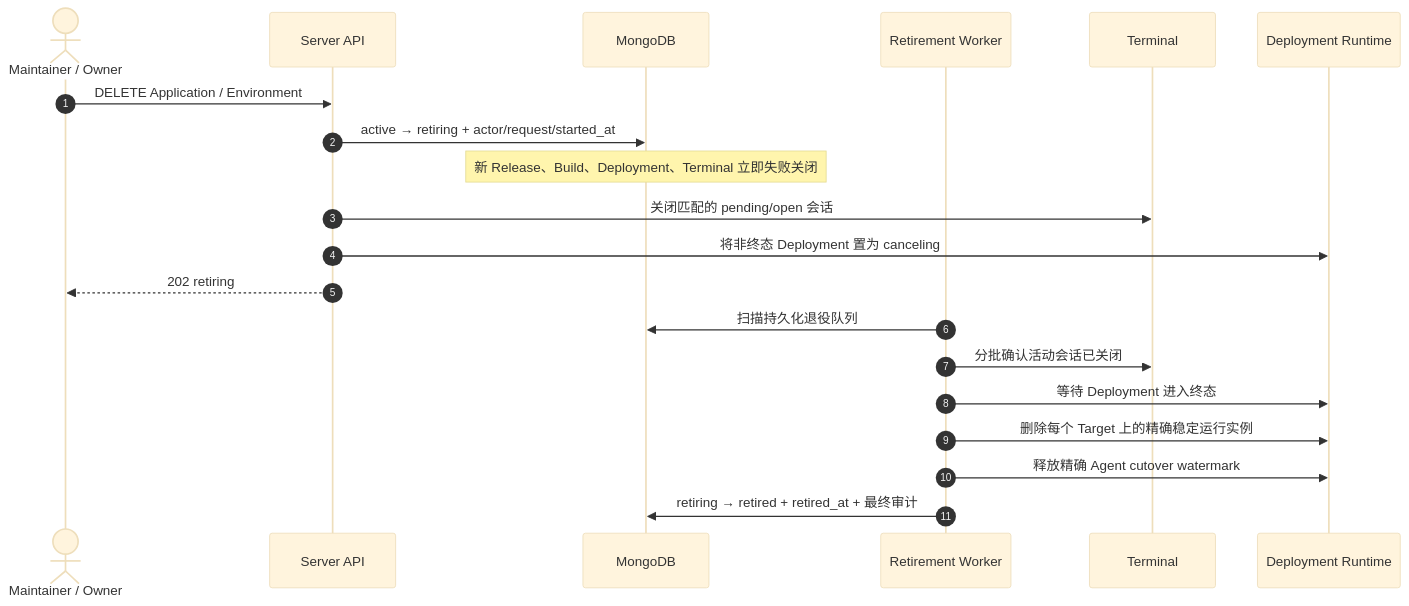
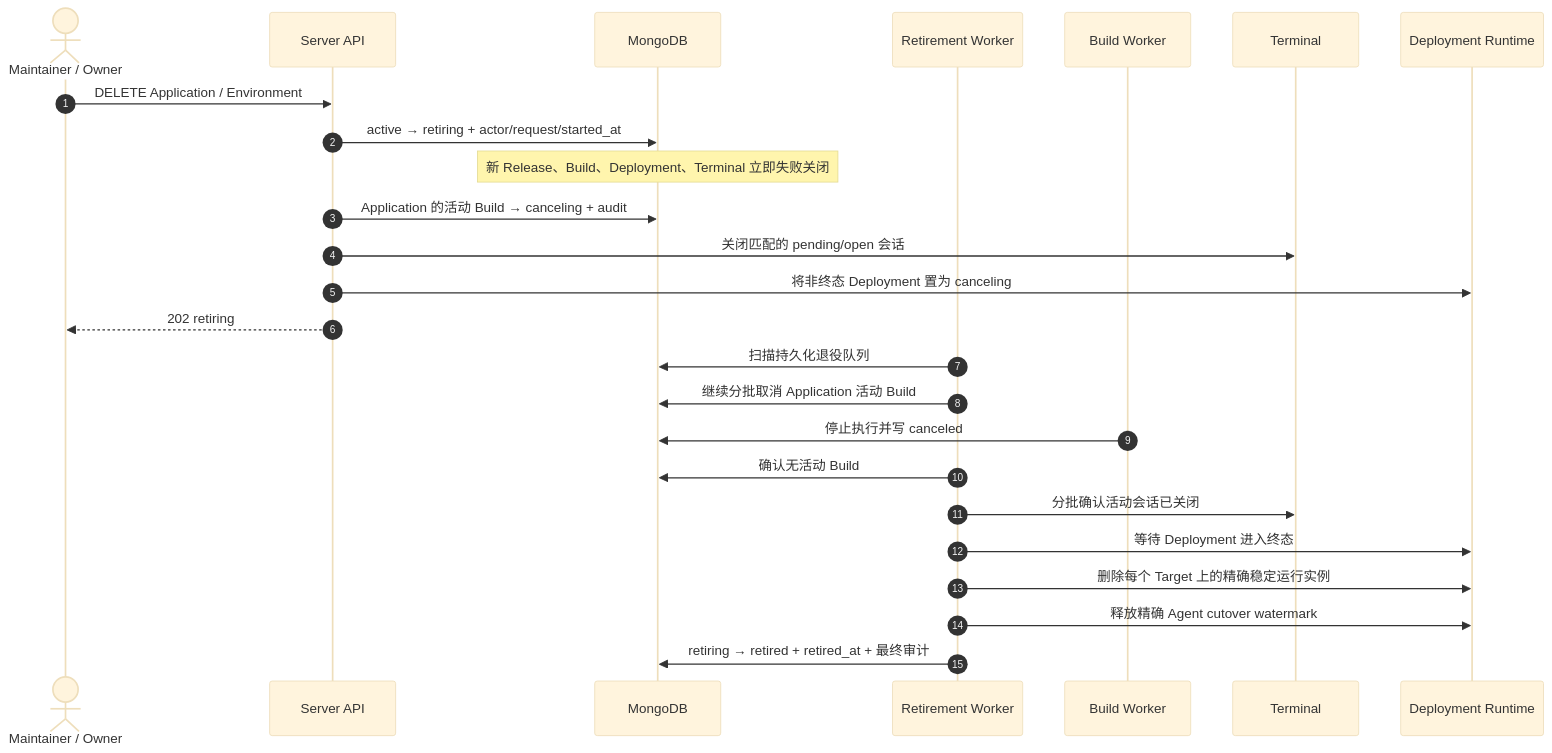
Before and after one commit to owndock/owndock: the first of 2 diagrams in docs/resource-retirement.md, drawn with Mermaid (base theme). The commit also changed other lines of this file and 9 other files, not shown here.

````diff
--- a/docs/resource-retirement.md
+++ b/docs/resource-retirement.md
@@ -7,23 +7,28 @@
 ```mermaid
 sequenceDiagram
     autonumber
     actor U as Maintainer / Owner
     participant API as Server API
     participant DB as MongoDB
     participant W as Retirement Worker
+    participant B as Build Worker
     participant T as Terminal
     participant D as Deployment Runtime
 
     U->>API: DELETE Application / Environment
     API->>DB: active → retiring + actor/request/started_at
     Note over DB: 新 Release、Build、Deployment、Terminal 立即失败关闭
+    API->>DB: Application 的活动 Build → canceling + audit
     API->>T: 关闭匹配的 pending/open 会话
     API->>D: 将非终态 Deployment 置为 canceling
     API-->>U: 202 retiring
     W->>DB: 扫描持久化退役队列
+    W->>DB: 继续分批取消 Application 活动 Build
+    B->>DB: 停止执行并写 canceled
+    W->>DB: 确认无活动 Build
     W->>T: 分批确认活动会话已关闭
     W->>D: 等待 Deployment 进入终态
     W->>D: 删除每个 Target 上的精确稳定运行实例
     W->>D: 释放精确 Agent cutover watermark
     W->>DB: retiring → retired + retired_at + 最终审计
 ```
````
